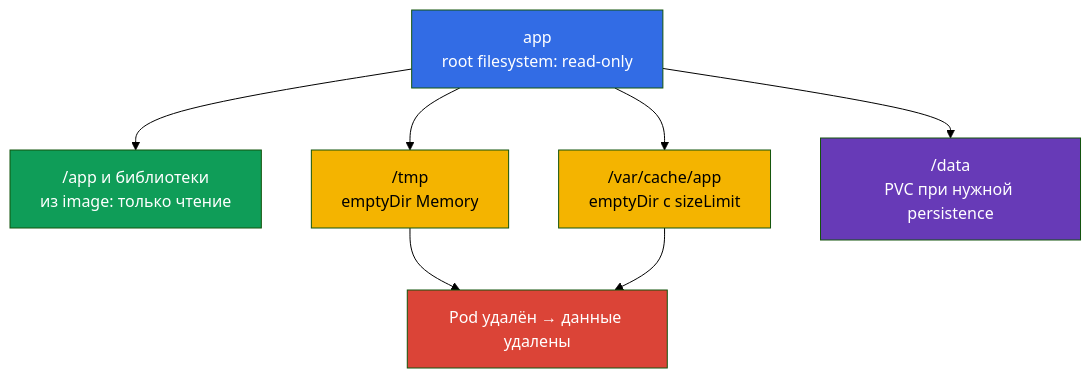
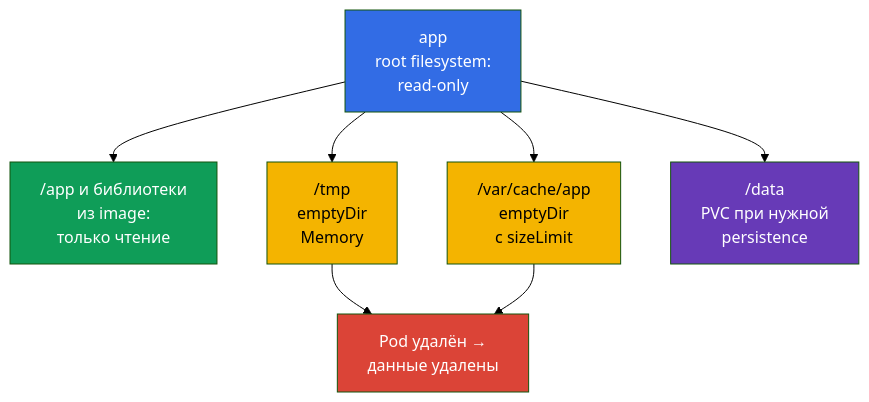
The third of 3 diagrams in tasks/cks/course/18/ru.md (ViktorUJ/cks), drawn with Mermaid (forest theme) before and after one commit. The commit also changed other lines of this file and 7 other files, not shown here.

````diff
--- a/tasks/cks/course/18/ru.md
+++ b/tasks/cks/course/18/ru.md
@@ -397,15 +405,15 @@
 ```mermaid
 flowchart TB
-    app["app<br/>root filesystem: read-only"] --> bin["/app и библиотеки<br/>из image: только чтение"]
-    app --> tmp["/tmp<br/>emptyDir Memory"]
-    app --> cache["/var/cache/app<br/>emptyDir с sizeLimit"]
-    app --> data["/data<br/>PVC при нужной persistence"]
-    tmp --> gone["Pod удалён → данные удалены"]
+    app["app<br/>root filesystem:<br/>read-only"] --> bin["/app и библиотеки<br/>из image:<br/>только чтение"]
+    app --> tmp["/tmp<br/>emptyDir<br/>Memory"]
+    app --> cache["/var/cache/app<br/>emptyDir<br/>с sizeLimit"]
+    app --> data["/data<br/>PVC при нужной<br/>persistence"]
+    tmp --> gone["Pod удалён →<br/>данные удалены"]
     cache --> gone
     style app fill:#326ce5,color:#fff
     style bin fill:#0f9d58,color:#fff
     style tmp fill:#f4b400,color:#000
     style cache fill:#f4b400,color:#000
     style data fill:#673ab7,color:#fff
     style gone fill:#db4437,color:#fff
 ```
````
